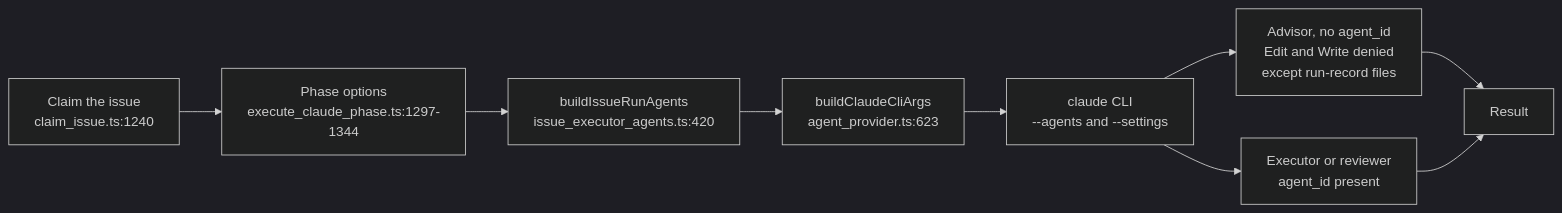
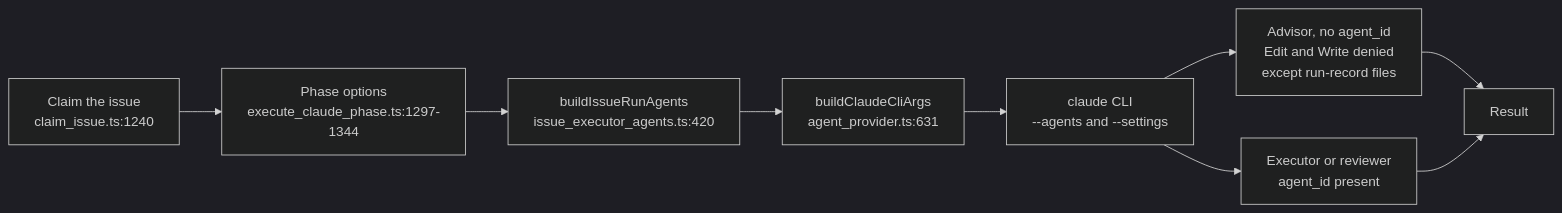
The first of 3 diagrams in docs/MANAGER-WORKER-CONTRACT.md (stSoftwareAU/VibeCoder), drawn with Mermaid (dark theme) before and after one commit. The commit also changed other lines of this file and 2 other files, not shown here.

````diff
--- a/docs/MANAGER-WORKER-CONTRACT.md
+++ b/docs/MANAGER-WORKER-CONTRACT.md
@@ -252,11 +252,11 @@
 ```mermaid
 flowchart LR
   A["Claim the issue<br/>claim_issue.ts:1240"] --> B["Phase options<br/>execute_claude_phase.ts:1297-1344"]
   B --> C["buildIssueRunAgents<br/>issue_executor_agents.ts:420"]
-  C --> D["buildClaudeCliArgs<br/>agent_provider.ts:623"]
+  C --> D["buildClaudeCliArgs<br/>agent_provider.ts:631"]
   D --> E["claude CLI<br/>--agents and --settings"]
   E --> F["Advisor, no agent_id<br/>Edit and Write denied<br/>except run-record files"]
   E --> G["Executor or reviewer<br/>agent_id present"]
   F --> H["Result"]
   G --> H
 ```
````
